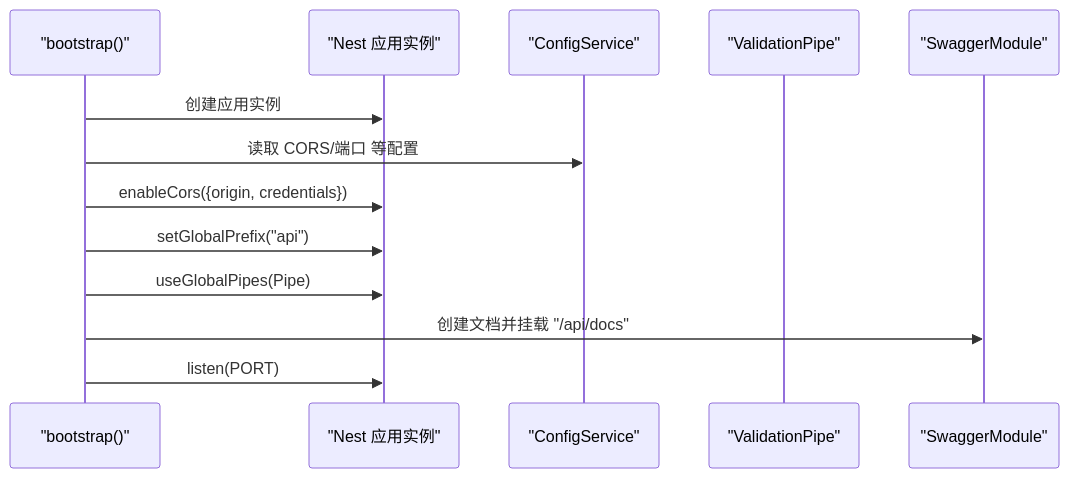
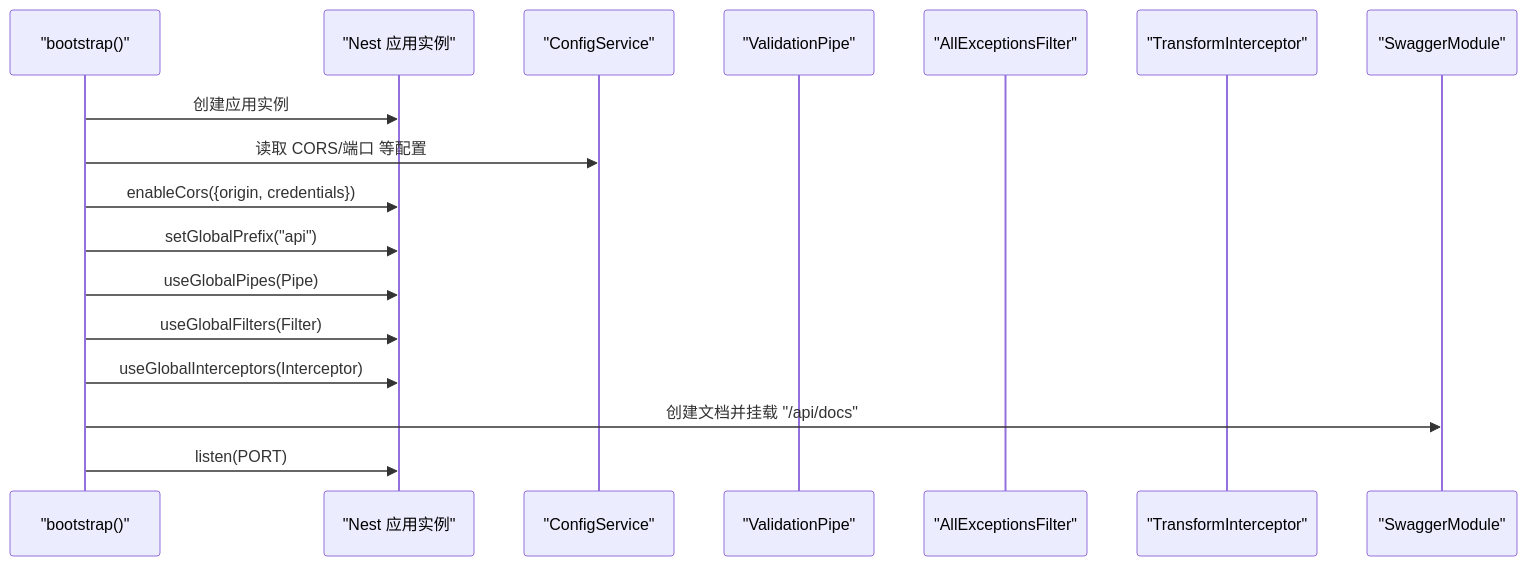
One commit to LouisFantansy/Budget_Mgt_Enterprise changed the fifth of 7 diagrams in .qoder/repowiki/zh/content/开发指南.md. Above: the diagram before and after it, drawn with Mermaid. The commit also changed other lines of this file and 10 other files, not shown here.

````diff
--- a/.qoder/repowiki/zh/content/开发指南.md
+++ b/.qoder/repowiki/zh/content/开发指南.md
@@ -192,15 +204,19 @@
 ```mermaid
 sequenceDiagram
 participant Boot as "bootstrap()"
 participant App as "Nest 应用实例"
 participant Config as "ConfigService"
 participant Pipe as "ValidationPipe"
+participant Filter as "AllExceptionsFilter"
+participant Interceptor as "TransformInterceptor"
 participant Swagger as "SwaggerModule"
 Boot->>App : 创建应用实例
 Boot->>Config : 读取 CORS/端口 等配置
 Boot->>App : enableCors({origin, credentials})
 Boot->>App : setGlobalPrefix("api")
 Boot->>App : useGlobalPipes(Pipe)
+Boot->>App : useGlobalFilters(Filter)
+Boot->>App : useGlobalInterceptors(Interceptor)
 Boot->>Swagger : 创建文档并挂载 "/api/docs"
 Boot->>App : listen(PORT)
 ```
````
